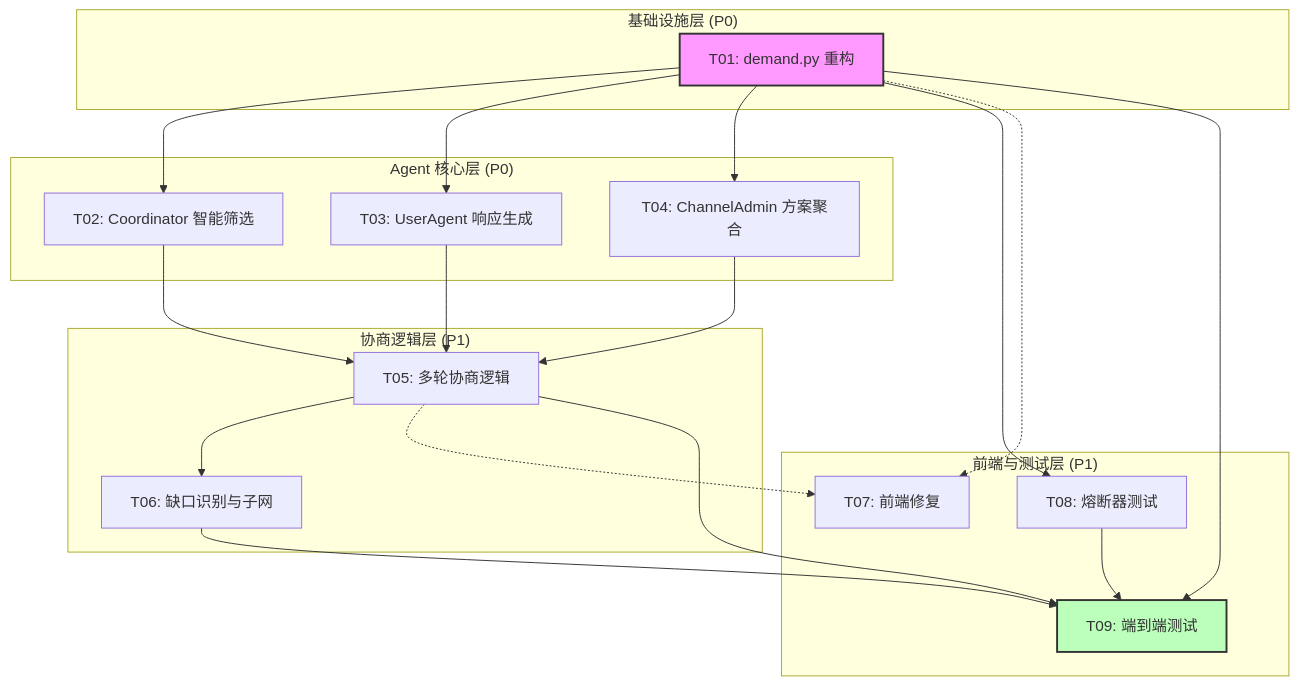
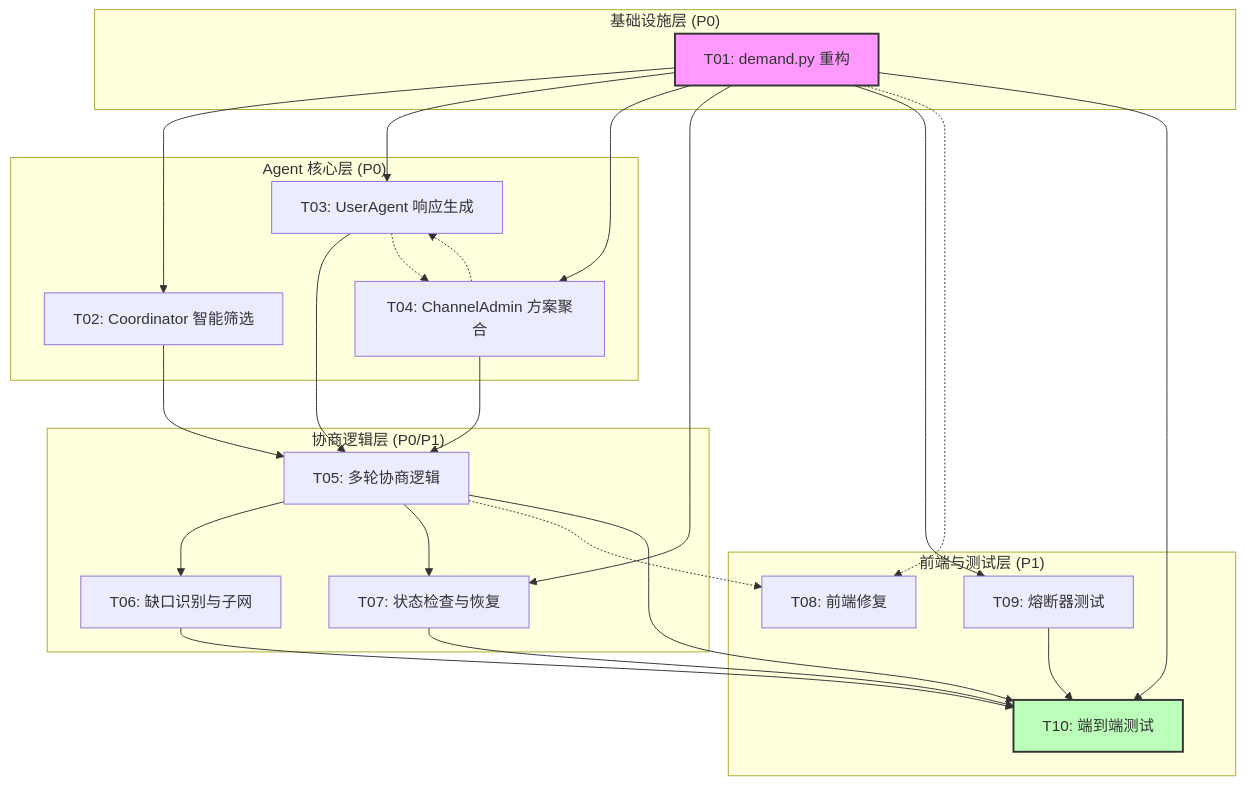
One commit to NatureBlueee/Towow changed the diagram in .ai/epic-multiagent-negotiation/TASK-dependency-analysis.md. Above: the diagram before and after it, drawn with Mermaid. The commit also changed other lines of this file and 41 other files, not shown here.

````diff
--- a/.ai/epic-multiagent-negotiation/TASK-dependency-analysis.md
+++ b/.ai/epic-multiagent-negotiation/TASK-dependency-analysis.md
@@ -15,44 +16,52 @@
 ```mermaid
 graph TD
     subgraph "基础设施层 (P0)"
         T01[T01: demand.py 重构]
     end
 
     subgraph "Agent 核心层 (P0)"
         T02[T02: Coordinator 智能筛选]
         T03[T03: UserAgent 响应生成]
         T04[T04: ChannelAdmin 方案聚合]
     end
 
-    subgraph "协商逻辑层 (P1)"
+    subgraph "协商逻辑层 (P0/P1)"
         T05[T05: 多轮协商逻辑]
         T06[T06: 缺口识别与子网]
+        T07[T07: 状态检查与恢复]
     end
 
     subgraph "前端与测试层 (P1)"
-        T07[T07: 前端修复]
-        T08[T08: 熔断器测试]
-        T09[T09: 端到端测试]
+        T08[T08: 前端修复]
+        T09[T09: 熔断器测试]
+        T10[T10: 端到端测试]
     end
 
     %% 硬依赖 (实线箭头)
     T01 --> T02
     T01 --> T03
     T01 --> T04
     T02 --> T05
     T03 --> T05
     T04 --> T05
     T05 --> T06
-    T01 --> T08
+    T01 --> T07
+    T05 --> T07
+    T01 --> T09
 
     %% 接口依赖 (虚线箭头)
-    T01 -.-> T07
-    T05 -.-> T07
-    T01 --> T09
-    T05 --> T09
-    T06 --> T09
-    T08 --> T09
+    T03 -.-> T04
+    T04 -.-> T03
+    T01 -.-> T08
+    T05 -.-> T08
+
+    %% 汇总到 T10
+    T01 --> T10
+    T05 --> T10
+    T06 --> T10
+    T07 --> T10
+    T09 --> T10
 
     style T01 fill:#f9f,stroke:#333,stroke-width:2px
-    style T09 fill:#bfb,stroke:#333,stroke-width:2px
+    style T10 fill:#bfb,stroke:#333,stroke-width:2px
 ```
````
